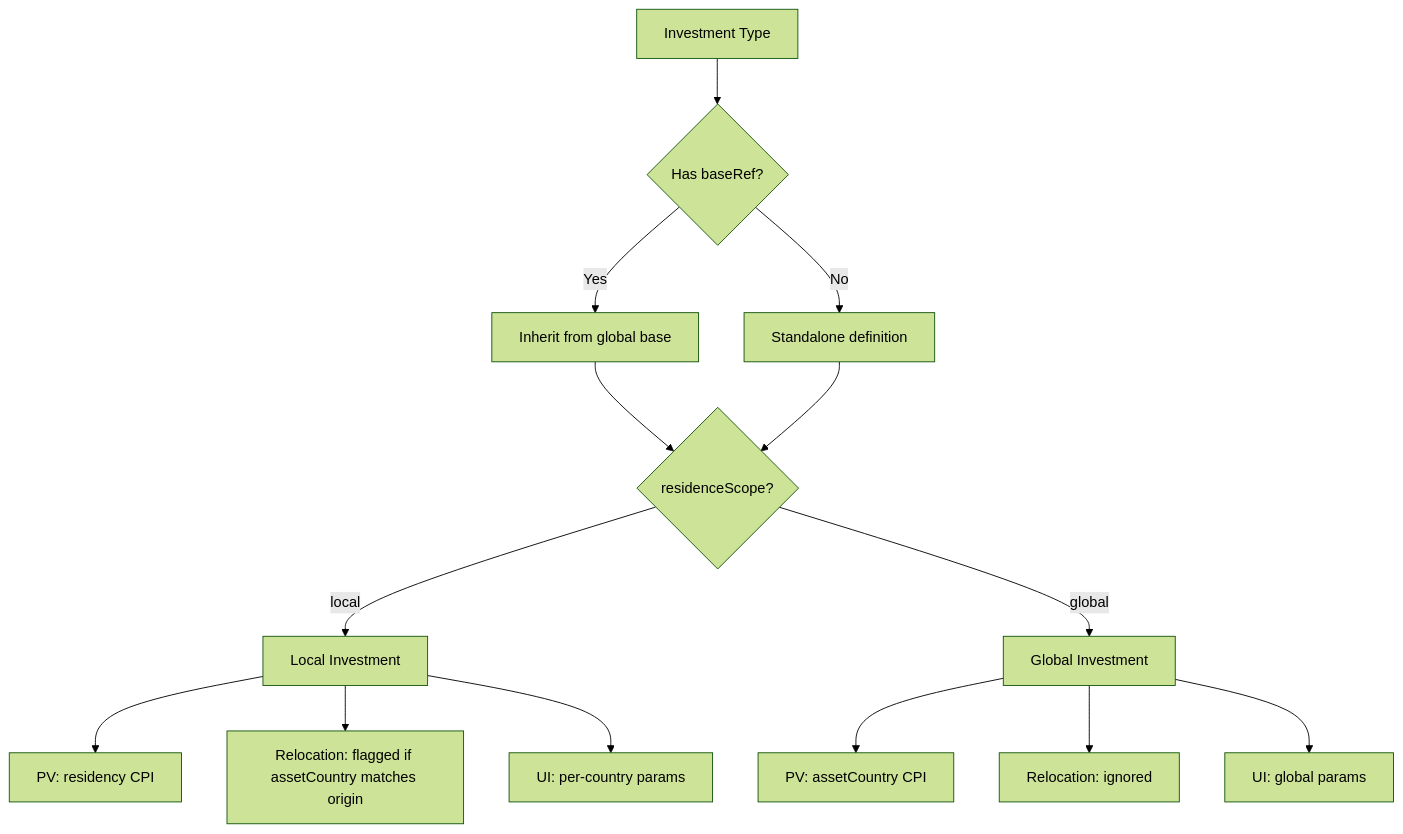
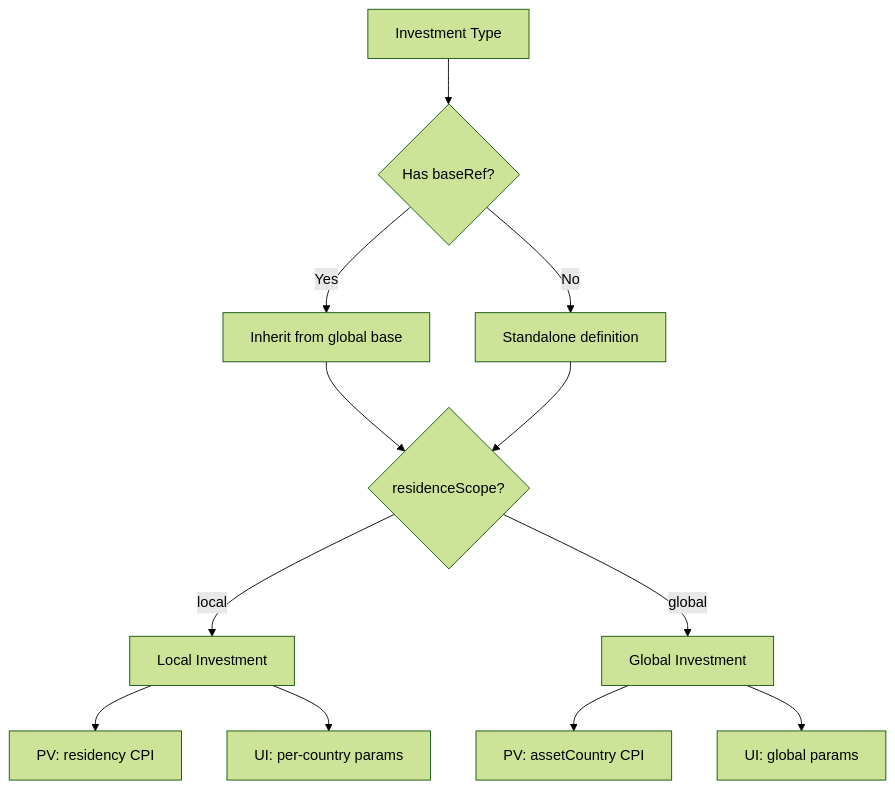
Before and after one commit to jhandl/FinSim: the second of 3 diagrams in docs/tax-rules-reference.md, drawn with Mermaid (forest theme). The commit also changed other lines of this file and 15 other files, not shown here.

````diff
--- a/docs/tax-rules-reference.md
+++ b/docs/tax-rules-reference.md
@@ -516,16 +514,14 @@
 ```mermaid
 graph TD
     A[Investment Type] --> B{Has baseRef?}
     B -->|Yes| C[Inherit from global base]
     B -->|No| D[Standalone definition]
     C --> E{residenceScope?}
     D --> E
     E -->|local| F[Local Investment]
     E -->|global| G[Global Investment]
     F --> H[PV: residency CPI]
-    F --> I[Relocation: flagged if assetCountry matches origin]
     F --> J[UI: per-country params]
     G --> K[PV: assetCountry CPI]
-    G --> L[Relocation: ignored]
     G --> M[UI: global params]
 ```
````
